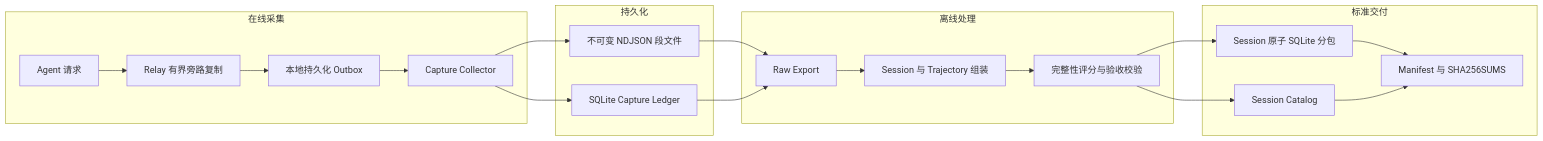
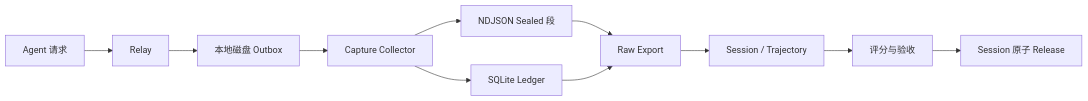
One commit to XS-MLVP/ChipTrace changed the diagram in README.md. Above: the diagram before and after it, drawn with Mermaid. The commit also changed other lines of this file and 2 other files, not shown here.

Commit message:
docs: 精简 README 并加入实时流程图

````diff
--- a/README.md
+++ b/README.md
@@ -21,27 +17,13 @@
 ```mermaid
 flowchart LR
-    subgraph online[在线采集]
-        A[Agent 请求] --> B[Relay 有界旁路复制]
-        B --> C[本地持久化 Outbox]
-        C --> D[Capture Collector]
-    end
-
-    subgraph storage[持久化]
-        D --> E[不可变 NDJSON 段文件]
-        D --> F[SQLite Capture Ledger]
-    end
-
-    subgraph processing[离线处理]
-        E --> G[Raw Export]
-        F --> G
-        G --> H[Session 与 Trajectory 组装]
-        H --> I[完整性评分与验收校验]
-    end
-
-    subgraph delivery[标准交付]
-        I --> J[Session 原子 SQLite 分包]
-        I --> K[Session Catalog]
-        J --> L[Manifest 与 SHA256SUMS]
-        K --> L
-    end
+    A[Agent 请求] --> B[Relay]
+    B --> C[本地磁盘 Outbox]
+    C --> D[Capture Collector]
+    D --> E[NDJSON Sealed 段]
+    D --> F[SQLite Ledger]
+    E --> G[Raw Export]
+    F --> G
+    G --> H[Session / Trajectory]
+    H --> I[评分与验收]
+    I --> J[Session 原子 Release]
 ```
````
